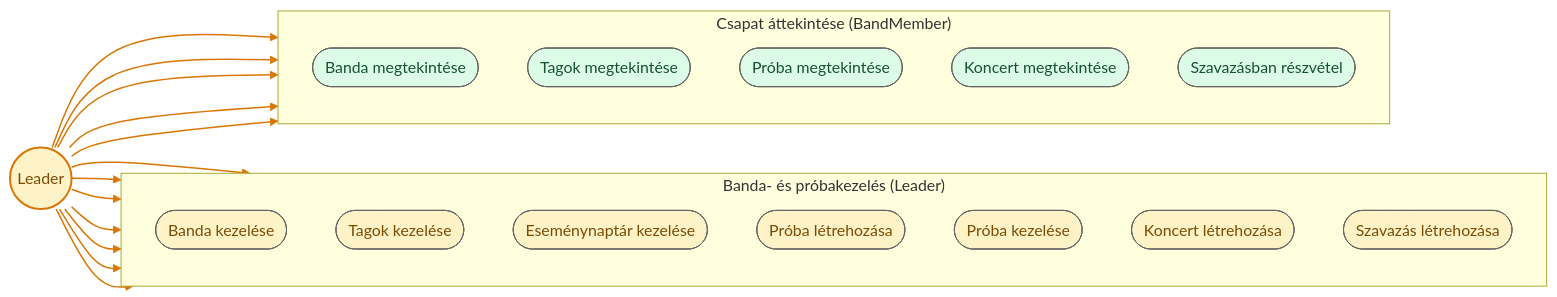
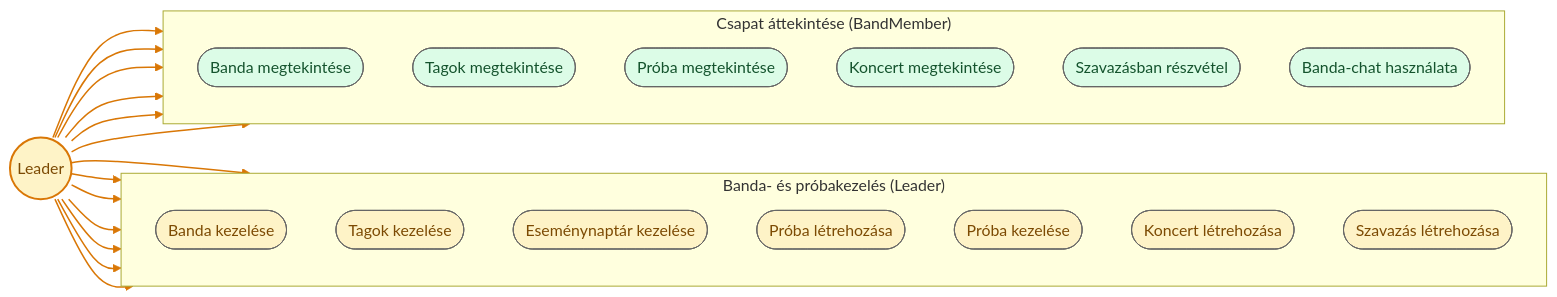
Before and after one commit to Kiyo200/BegBand: the third of 5 diagrams in diagrams/mermaid/UseCase.md, drawn with Mermaid. The commit also changed other lines of this file and 12 other files, not shown here.

````diff
--- a/diagrams/mermaid/UseCase.md
+++ b/diagrams/mermaid/UseCase.md
@@ -121,46 +133,48 @@
 ```mermaid
 flowchart LR
     Leader(("Leader"))
 
     subgraph PKG_Leader["Banda- és próbakezelés (Leader)"]
         direction TB
         L1(["Banda kezelése"])
         L2(["Tagok kezelése"])
         L3(["Eseménynaptár kezelése"])
         L4(["Próba létrehozása"])
         L5(["Próba kezelése"])
         L6(["Koncert létrehozása"])
         L7(["Szavazás létrehozása"])
     end
 
     subgraph PKG_Member["Csapat áttekintése (BandMember)"]
         direction TB
         M1(["Banda megtekintése"])
         M2(["Tagok megtekintése"])
         M3(["Próba megtekintése"])
         M5(["Koncert megtekintése"])
         M6(["Szavazásban részvétel"])
+        M7(["Banda-chat használata"])
     end
 
     Leader --> L1
     Leader --> L2
     Leader --> L3
     Leader --> L4
     Leader --> L5
     Leader --> L6
     Leader --> L7
     Leader --> M1
     Leader --> M2
     Leader --> M3
     Leader --> M5
     Leader --> M6
+    Leader --> M7
 
     classDef leaderUC fill:#FEF3C7,stroke:#666666,color:#7c4a03
     classDef memberUC fill:#DCFCE7,stroke:#666666,color:#14532d
     classDef leaderActor fill:#FEF3C7,stroke:#D97706,stroke-width:2px,color:#7c4a03
 
     class L1,L2,L3,L4,L5,L6,L7 leaderUC
-    class M1,M2,M3,M5,M6 memberUC
+    class M1,M2,M3,M5,M6,M7 memberUC
     class Leader leaderActor
-    linkStyle 0,1,2,3,4,5,6,7,8,9,10,11 stroke:#D97706,stroke-width:1.5px
+    linkStyle 0,1,2,3,4,5,6,7,8,9,10,11,12 stroke:#D97706,stroke-width:1.5px
 ```
````
